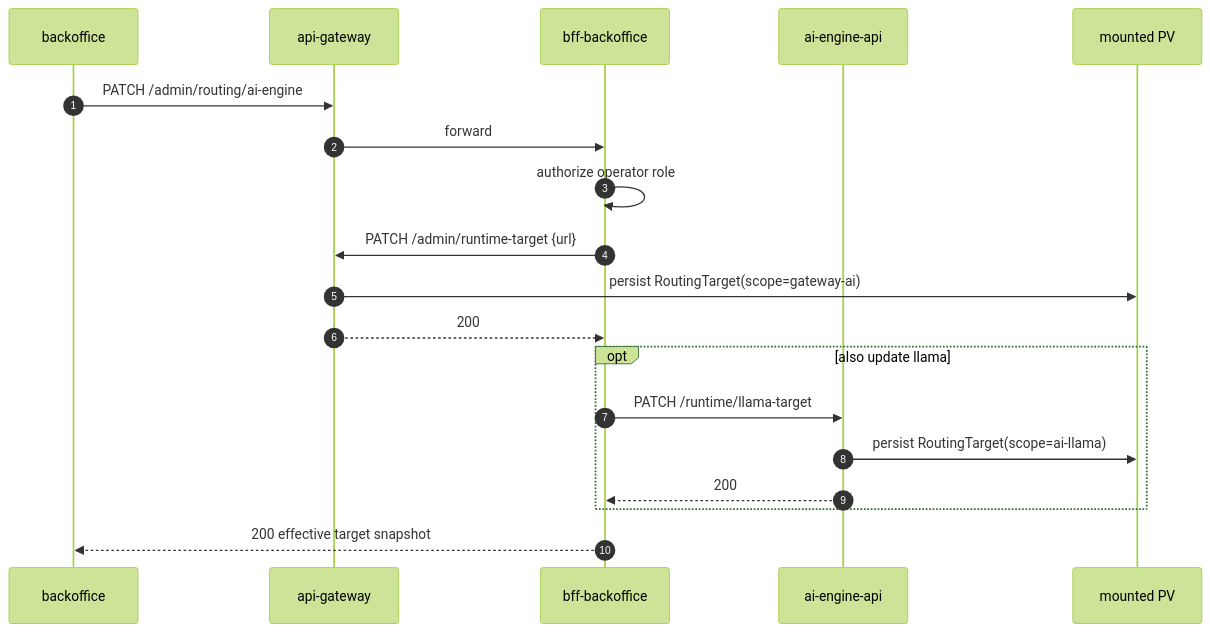
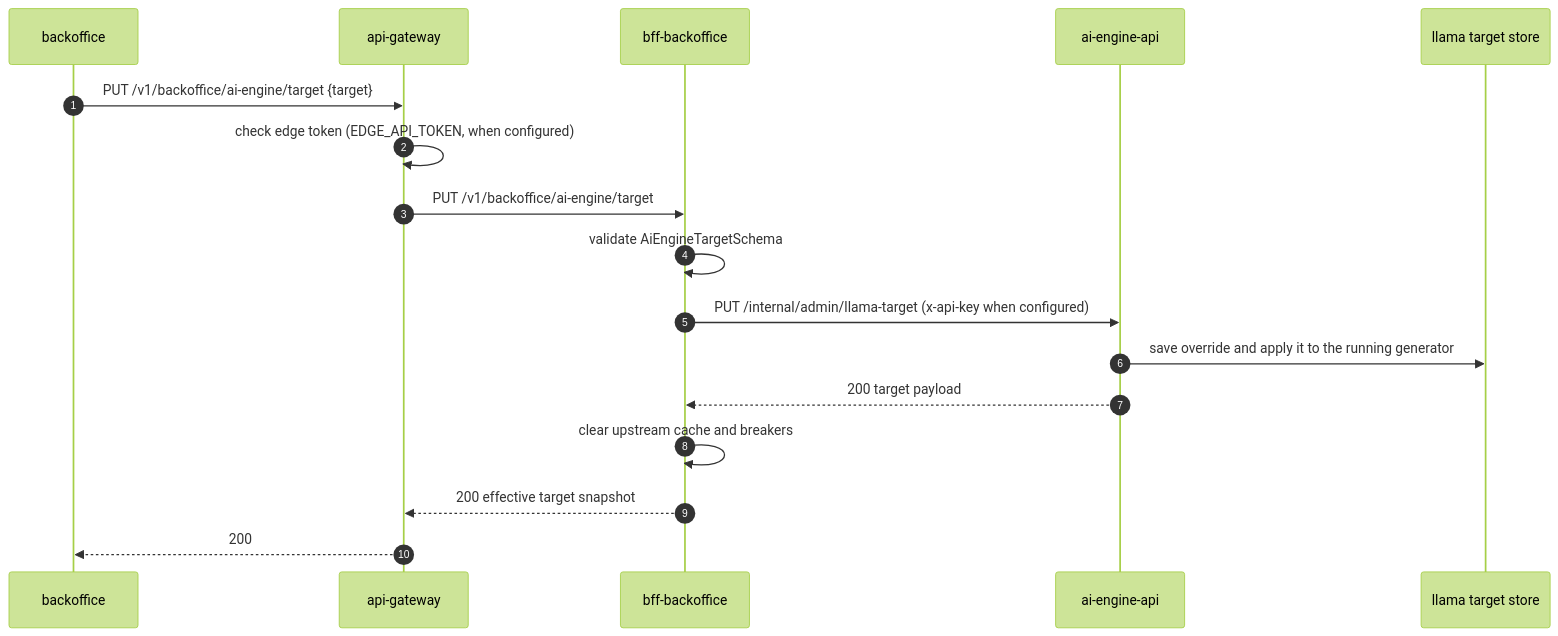
Before and after one commit to AxiomNode/docs: the second of 7 diagrams in architecture/key-sequence-flows.md, drawn with Mermaid (forest theme). The commit also changed other lines of this file and 12 other files, not shown here.

First line of the commit message:
docs(architecture): align flows, topology and contract claims with code on main (#11)

````diff
--- a/architecture/key-sequence-flows.md
+++ b/architecture/key-sequence-flows.md
@@ -46,22 +46,20 @@
 ```mermaid
 sequenceDiagram
   autonumber
   participant SPA as backoffice
   participant GW as api-gateway
   participant BFF as bff-backoffice
   participant AI as ai-engine-api
-  participant PV as mounted PV
+  participant Store as llama target store
 
-  SPA->>GW: PATCH /admin/routing/ai-engine
-  GW->>BFF: forward
-  BFF->>BFF: authorize operator role
-  BFF->>GW: PATCH /admin/runtime-target {url}
-  GW->>PV: persist RoutingTarget(scope=gateway-ai)
-  GW-->>BFF: 200
-  opt also update llama
-    BFF->>AI: PATCH /runtime/llama-target
-    AI->>PV: persist RoutingTarget(scope=ai-llama)
-    AI-->>BFF: 200
-  end
-  BFF-->>SPA: 200 effective target snapshot
+  SPA->>GW: PUT /v1/backoffice/ai-engine/target {target}
+  GW->>GW: check edge token (EDGE_API_TOKEN, when configured)
+  GW->>BFF: PUT /v1/backoffice/ai-engine/target
+  BFF->>BFF: validate AiEngineTargetSchema
+  BFF->>AI: PUT /internal/admin/llama-target (x-api-key when configured)
+  AI->>Store: save override and apply it to the running generator
+  AI-->>BFF: 200 target payload
+  BFF->>BFF: clear upstream cache and breakers
+  BFF-->>GW: 200 effective target snapshot
+  GW-->>SPA: 200
 ```
````
